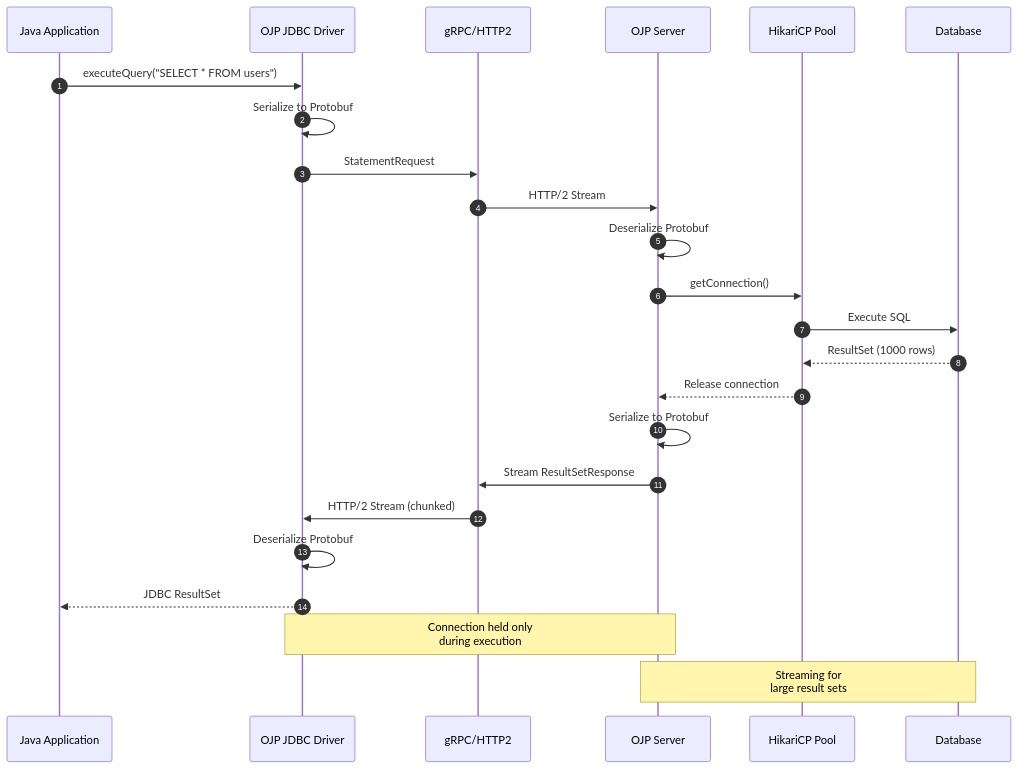
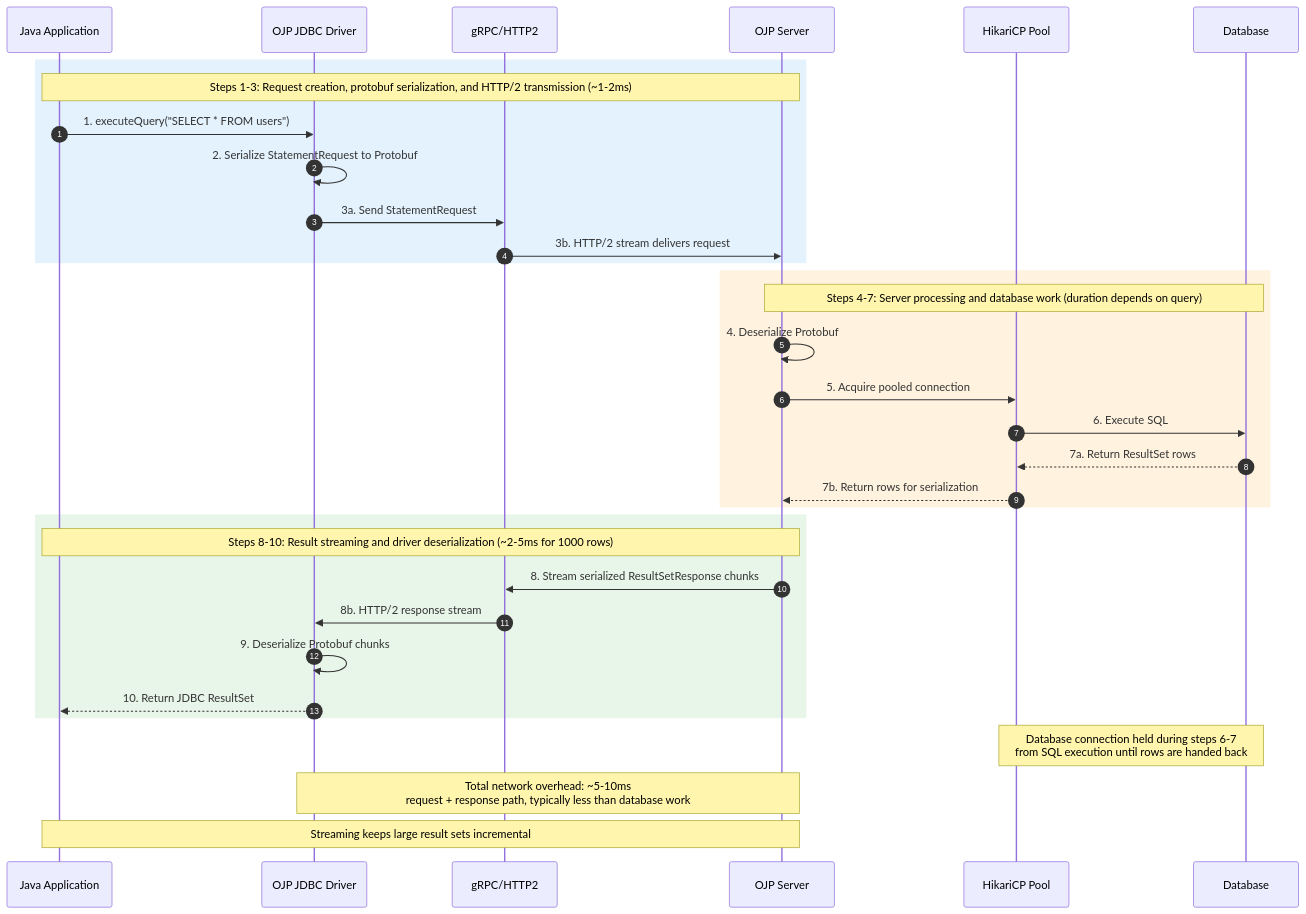
Before and after one commit to DominikZig/ojp: the seventh of 19 diagrams in documents/ebook/part1-chapter2-architecture.md, drawn with Mermaid. The commit also changed other lines of this file and 1 other file, not shown here.

Commit message:
Refine chapter 2 architecture diagrams

````diff
--- a/documents/ebook/part1-chapter2-architecture.md
+++ b/documents/ebook/part1-chapter2-architecture.md
@@ -322,28 +390,39 @@
 ```mermaid
 sequenceDiagram
     autonumber
     participant App as Java Application
     participant Driver as OJP JDBC Driver
     participant gRPC as gRPC/HTTP2
     participant Server as OJP Server
     participant Pool as HikariCP Pool
     participant DB as Database
 
-    App->>Driver: executeQuery("SELECT * FROM users")
-    Driver->>Driver: Serialize to Protobuf
-    Driver->>gRPC: StatementRequest
-    gRPC->>Server: HTTP/2 Stream
-    Server->>Server: Deserialize Protobuf
-    Server->>Pool: getConnection()
-    Pool->>DB: Execute SQL
-    DB-->>Pool: ResultSet (1000 rows)
-    Pool-->>Server: Release connection
-    Server->>Server: Serialize to Protobuf
-    Server->>gRPC: Stream ResultSetResponse
-    gRPC->>Driver: HTTP/2 Stream (chunked)
-    Driver->>Driver: Deserialize Protobuf
-    Driver-->>App: JDBC ResultSet
+    rect rgb(227, 242, 253)
+    Note over App,Server: Steps 1-3: Request creation, protobuf serialization, and HTTP/2 transmission (~1-2ms)
+    App->>Driver: 1. executeQuery("SELECT * FROM users")
+    Driver->>Driver: 2. Serialize StatementRequest to Protobuf
+    Driver->>gRPC: 3a. Send StatementRequest
+    gRPC->>Server: 3b. HTTP/2 stream delivers request
+    end
 
-    Note over Driver,Server: Connection held only<br/>during execution
-    Note over Server,DB: Streaming for<br/>large result sets
+    rect rgb(255, 243, 224)
+    Note over Server,DB: Steps 4-7: Server processing and database work (duration depends on query)
+    Server->>Server: 4. Deserialize Protobuf
+    Server->>Pool: 5. Acquire pooled connection
+    Pool->>DB: 6. Execute SQL
+    DB-->>Pool: 7a. Return ResultSet rows
+    Pool-->>Server: 7b. Return rows for serialization
+    end
+
+    rect rgb(232, 245, 233)
+    Note over Server,App: Steps 8-10: Result streaming and driver deserialization (~2-5ms for 1000 rows)
+    Server->>gRPC: 8. Stream serialized ResultSetResponse chunks
+    gRPC->>Driver: 8b. HTTP/2 response stream
+    Driver->>Driver: 9. Deserialize Protobuf chunks
+    Driver-->>App: 10. Return JDBC ResultSet
+    end
+
+    Note over Pool,DB: Database connection held during steps 6-7<br/>from SQL execution until rows are handed back
+    Note over Driver,Server: Total network overhead: ~5-10ms<br/>request + response path, typically less than database work
+    Note over Server,App: Streaming keeps large result sets incremental
 ```
````
